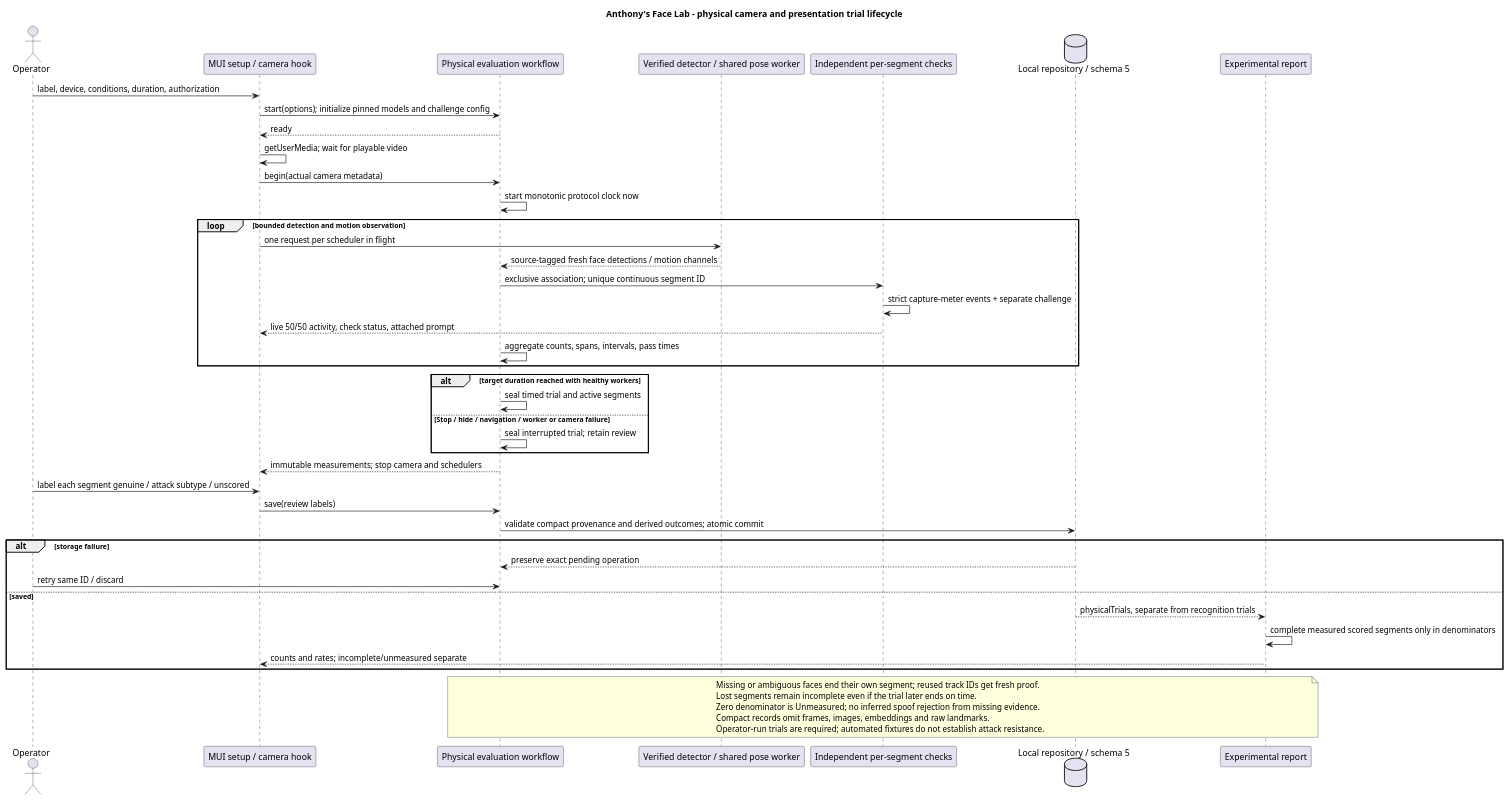
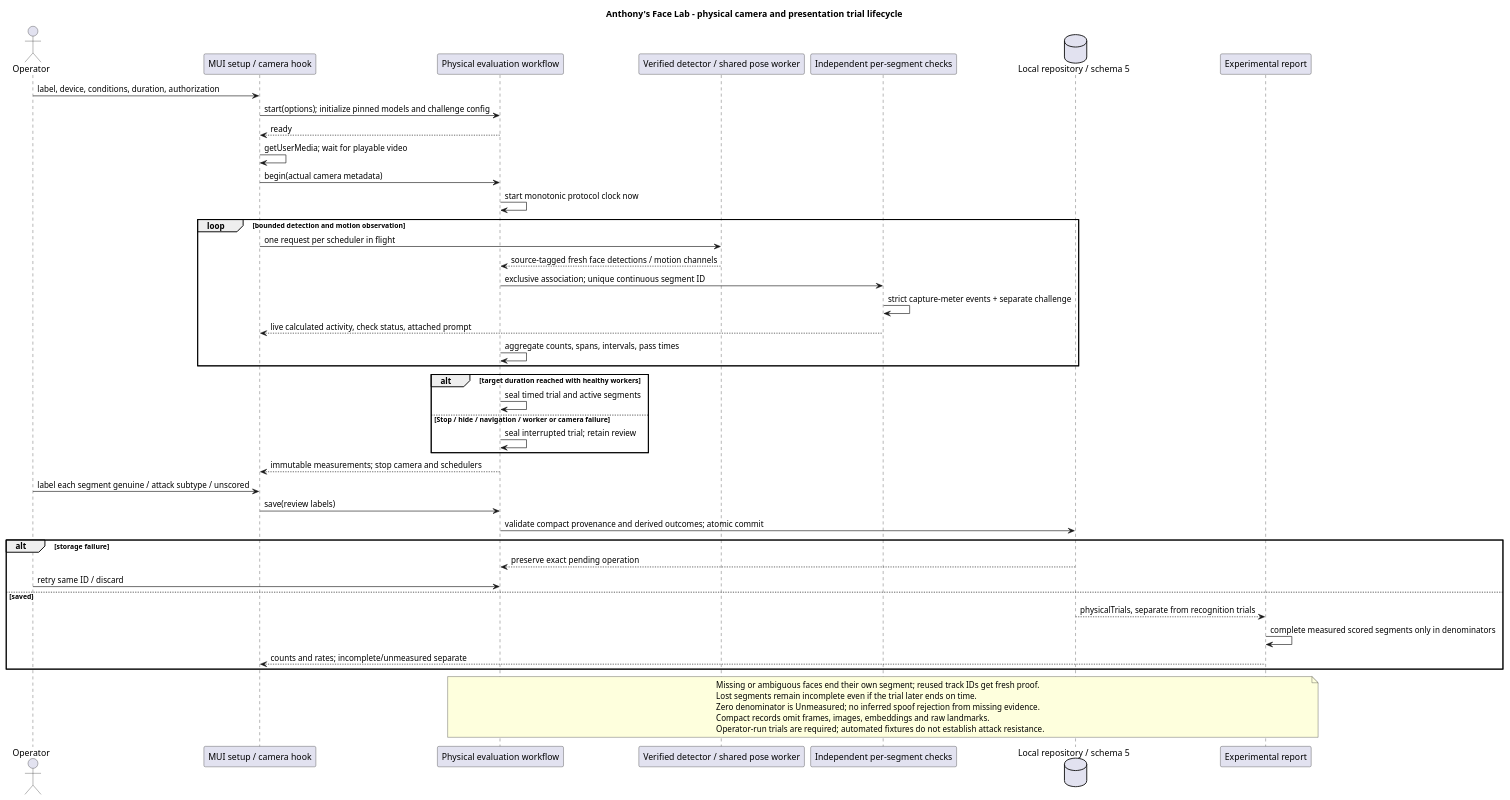
Before and after one commit to pixelDigitTony/face-recog-prototype: the second of 18 diagrams in docs/STK_FACE_RECOGNITION_PROTOTYPE_UML.puml, drawn with PlantUML. The commit also changed other lines of this file and 19 other files, not shown here.

```diff
--- a/docs/STK_FACE_RECOGNITION_PROTOTYPE_UML.puml
+++ b/docs/STK_FACE_RECOGNITION_PROTOTYPE_UML.puml
@@ -102,49 +102,49 @@
 @startuml anthonys_physical_camera_evaluation
 title Anthony's Face Lab - physical camera and presentation trial lifecycle
 skinparam shadowing false
 actor Operator
 participant "MUI setup / camera hook" as UI
 participant "Physical evaluation workflow" as Flow
 participant "Verified detector / shared pose worker" as Worker
 participant "Independent per-segment checks" as Segment
 database "Local repository / schema 5" as DB
 participant "Experimental report" as Report
 Operator -> UI : label, device, conditions, duration, authorization
 UI -> Flow : start(options); initialize pinned models and challenge config
 Flow --> UI : ready
 UI -> UI : getUserMedia; wait for playable video
 UI -> Flow : begin(actual camera metadata)
 Flow -> Flow : start monotonic protocol clock now
 loop bounded detection and motion observation
   UI -> Worker : one request per scheduler in flight
   Worker --> Flow : source-tagged fresh face detections / motion channels
   Flow -> Segment : exclusive association; unique continuous segment ID
   Segment -> Segment : strict capture-meter events + separate challenge
-  Segment --> UI : live 50/50 activity, check status, attached prompt
+  Segment --> UI : live calculated activity, check status, attached prompt
   Flow -> Flow : aggregate counts, spans, intervals, pass times
 end
 alt target duration reached with healthy workers
   Flow -> Flow : seal timed trial and active segments
 else Stop / hide / navigation / worker or camera failure
   Flow -> Flow : seal interrupted trial; retain review
 end
 Flow --> UI : immutable measurements; stop camera and schedulers
 Operator -> UI : label each segment genuine / attack subtype / unscored
 UI -> Flow : save(review labels)
 Flow -> DB : validate compact provenance and derived outcomes; atomic commit
 alt storage failure
   DB --> Flow : preserve exact pending operation
   Operator -> Flow : retry same ID / discard
 else saved
   DB --> Report : physicalTrials, separate from recognition trials
   Report -> Report : complete measured scored segments only in denominators
   Report --> UI : counts and rates; incomplete/unmeasured separate
 end
 note over Flow, Report
   Missing or ambiguous faces end their own segment; reused track IDs get fresh proof.
   Lost segments remain incomplete even if the trial later ends on time.
   Zero denominator is Unmeasured; no inferred spoof rejection from missing evidence.
   Compact records omit frames, images, embeddings and raw landmarks.
   Operator-run trials are required; automated fixtures do not establish attack resistance.
 end note
 @enduml
```
